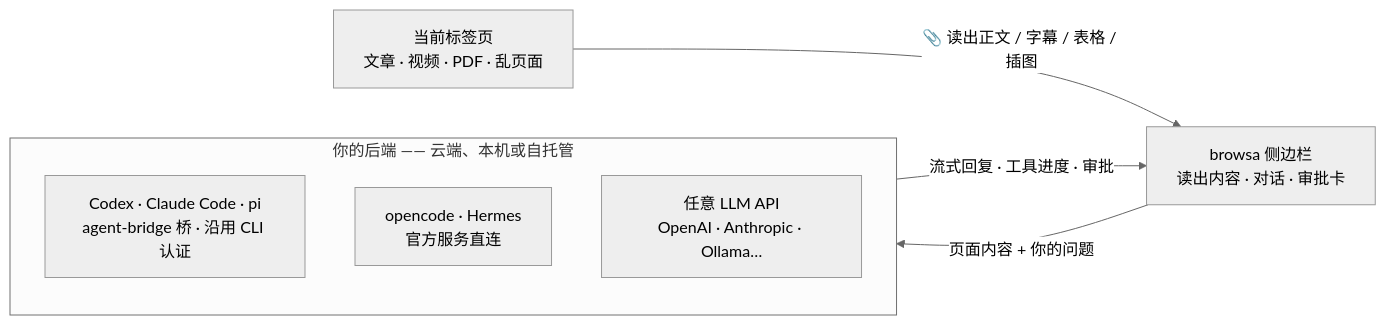
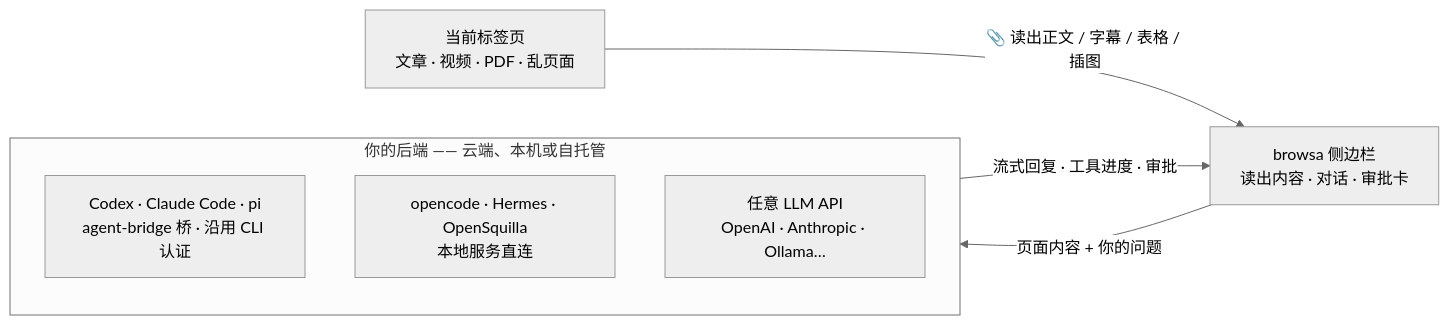
Before and after one commit to xiaohuzai/browsa: the diagram in README.zh-CN.md, drawn with Mermaid (neutral theme). The commit also changed other lines of this file and 50 other files, not shown here.

First line of the commit message:
feat: OpenSquilla 恢复接入 + 思考档位 + 历史图片显示保真 + 切会话后台续跑 (#158)

````diff
--- a/README.zh-CN.md
+++ b/README.zh-CN.md
@@ -60,13 +61,13 @@
 ```mermaid
 flowchart LR
     P["当前标签页<br/>文章 · 视频 · PDF · 乱页面"]
     B["browsa 侧边栏<br/>读出内容 · 对话 · 审批卡"]
     subgraph Y["你的后端 —— 云端、本机或自托管"]
         A1["Codex · Claude Code · pi<br/>agent-bridge 桥 · 沿用 CLI 认证"]
-        A2["opencode · Hermes<br/>官方服务直连"]
+        A2["opencode · Hermes · OpenSquilla<br/>本地服务直连"]
         A3["任意 LLM API<br/>OpenAI · Anthropic · Ollama…"]
     end
     P -->|"📎 读出正文 / 字幕 / 表格 / 插图"| B
     B -->|"页面内容 + 你的问题"| Y
     Y -->|"流式回复 · 工具进度 · 审批"| B
 ```
````
